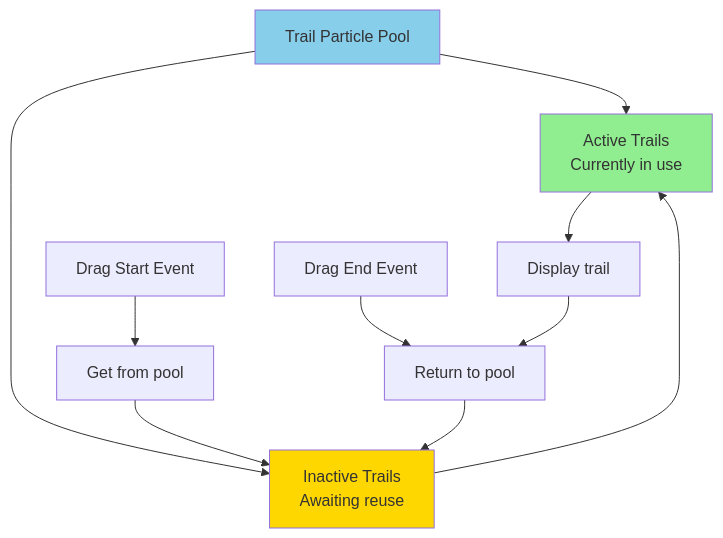
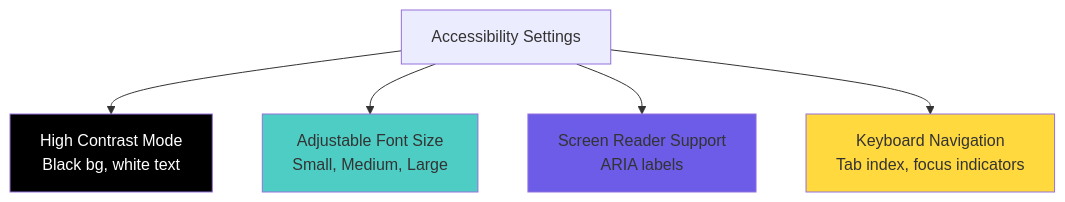
Before and after one commit to corey-rosamond/ADHDLearn.com: the seventh of 7 diagrams in .ai/phases/phase-30/UML.md, drawn with Mermaid. The commit also changed other lines of this file and 218 other files, not shown here.

````diff
--- a/.ai/phases/phase-30/UML.md
+++ b/.ai/phases/phase-30/UML.md
@@ -377,23 +170,12 @@
 ```mermaid
 graph TB
-    TrailPool[Trail Particle Pool]
-
-    TrailPool --> Active[Active Trails<br/>Currently in use]
-    TrailPool --> Inactive[Inactive Trails<br/>Awaiting reuse]
-
-    DragStart[Drag Start Event]
-    DragEnd[Drag End Event]
-
-    DragStart --> GetTrail[Get from pool]
-    GetTrail --> Inactive
-    Inactive --> Active
-    Active --> Display[Display trail]
-
-    DragEnd --> ReturnTrail[Return to pool]
-    Display --> ReturnTrail
-    ReturnTrail --> Inactive
-
-    style TrailPool fill:#87CEEB
-    style Active fill:#90EE90
-    style Inactive fill:#FFD700
+    Settings[Accessibility Settings] --> HighContrast[High Contrast Mode<br/>Black bg, white text]
+    Settings --> FontSize[Adjustable Font Size<br/>Small, Medium, Large]
+    Settings --> ScreenReader[Screen Reader Support<br/>ARIA labels]
+    Settings --> Keyboard[Keyboard Navigation<br/>Tab index, focus indicators]
+    
+    style HighContrast fill:#000000,color:#FFFFFF
+    style FontSize fill:#4ECDC4
+    style ScreenReader fill:#6C5CE7
+    style Keyboard fill:#FFD93D
 ```
````
